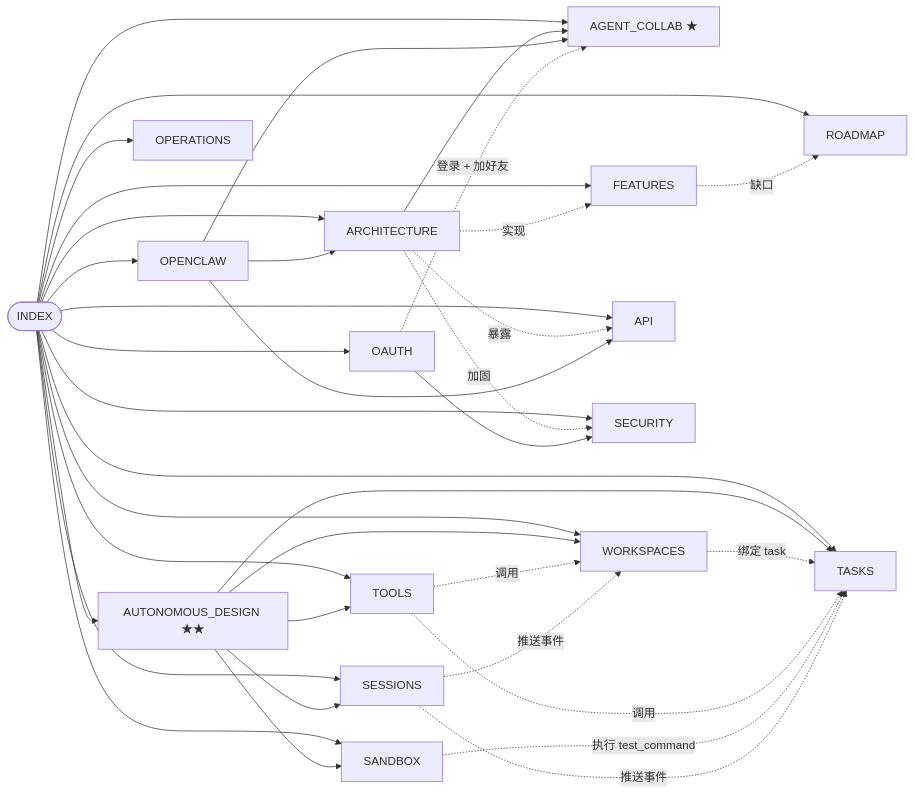
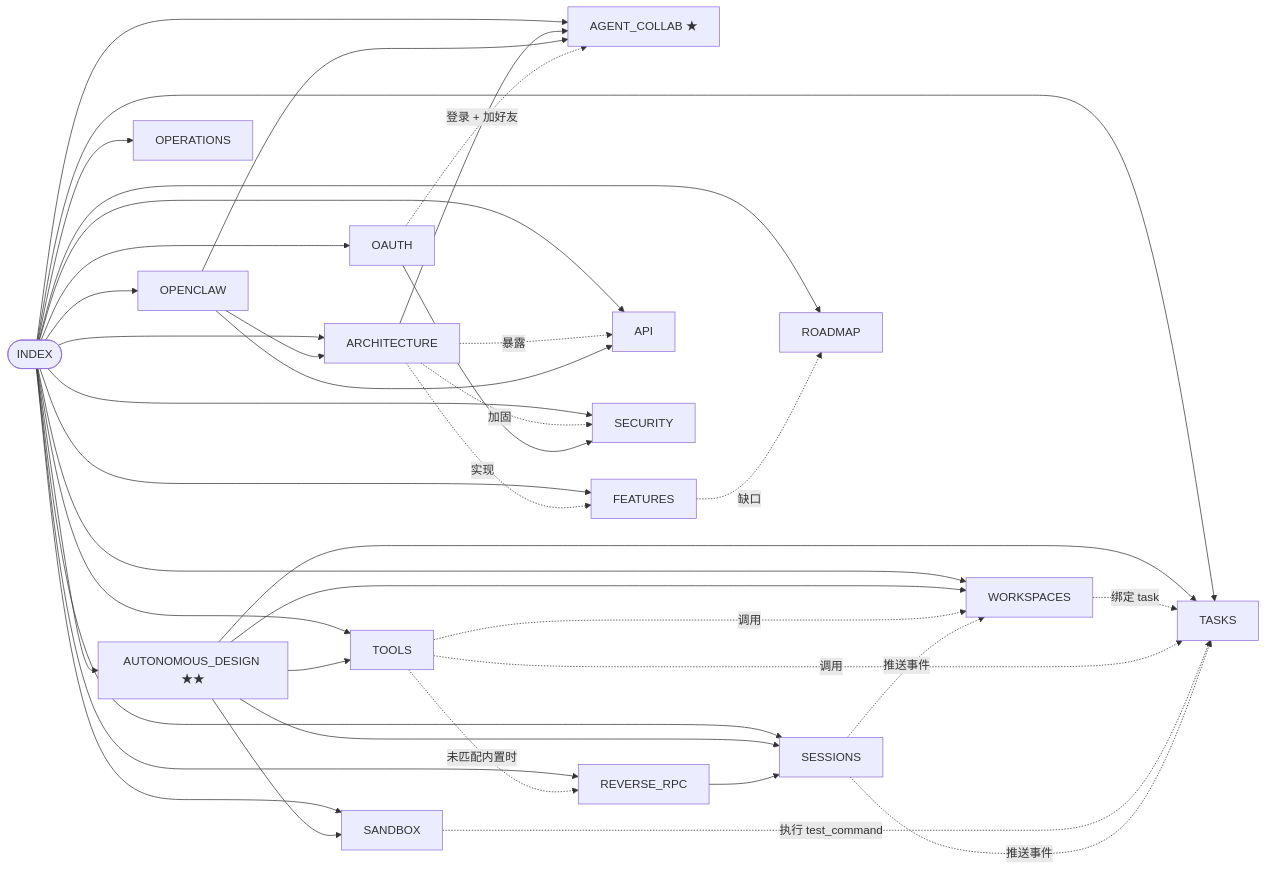
One commit to Kyle-zhai/agent2agent changed the diagram in docs/tech/INDEX.md. Above: the diagram before and after it, drawn with Mermaid. The commit also changed other lines of this file and 11 other files, not shown here.

````diff
--- a/docs/tech/INDEX.md
+++ b/docs/tech/INDEX.md
@@ -17,40 +17,43 @@
 ```mermaid
 graph LR
   IDX([INDEX]) --> ARCH[ARCHITECTURE]
   IDX --> COL[AGENT_COLLAB ★]
   IDX --> AUTO[AUTONOMOUS_DESIGN ★★]
   IDX --> WS[WORKSPACES]
   IDX --> TSK[TASKS]
   IDX --> SES[SESSIONS]
   IDX --> TLS[TOOLS]
   IDX --> SBX[SANDBOX]
   IDX --> OAU[OAUTH]
+  IDX --> RPC[REVERSE_RPC]
   IDX --> FEAT[FEATURES]
   IDX --> API[API]
   IDX --> SEC[SECURITY]
   IDX --> OC[OPENCLAW]
   IDX --> RM[ROADMAP]
   IDX --> OPS[OPERATIONS]
 
   ARCH -.->|实现| FEAT
   ARCH -.->|暴露| API
   ARCH -.->|加固| SEC
   ARCH --> COL
   AUTO --> WS
   AUTO --> TSK
   AUTO --> SES
   AUTO --> TLS
   AUTO --> SBX
   WS -.->|绑定 task| TSK
   TLS -.->|调用| WS
   TLS -.->|调用| TSK
   SBX -.->|执行 test_command| TSK
   SES -.->|推送事件| WS
   SES -.->|推送事件| TSK
   FEAT -.->|缺口| RM
   OC --> COL
   OC --> API
   OC --> ARCH
   OAU -.->|登录 + 加好友| COL
   OAU --> SEC
+  TLS -.->|未匹配内置时| RPC
+  RPC --> SES
 ```
````
